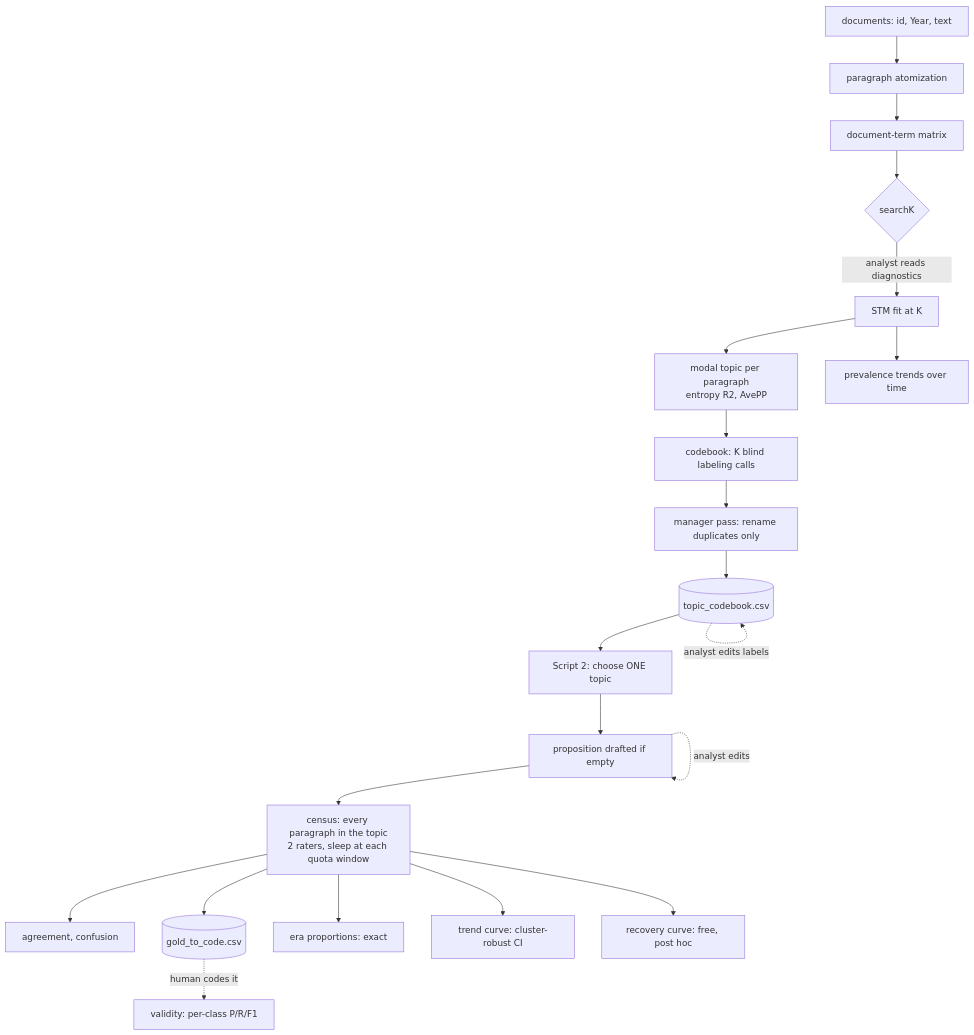
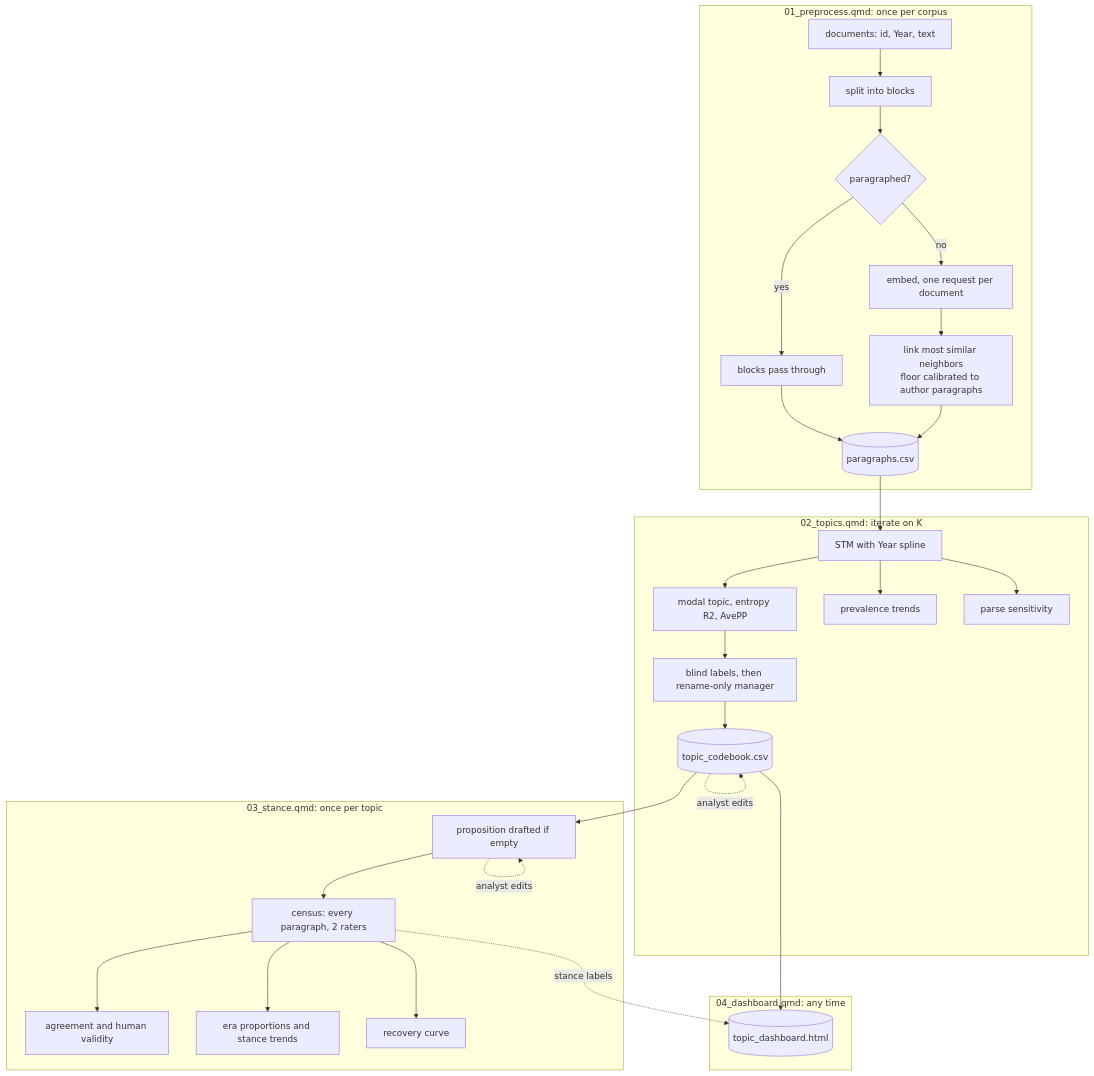
Before and after one commit to klinares/hot_topic: the diagram in README.md, drawn with Mermaid. The commit also changed other lines of this file and 32 other files, not shown here.

Commit message:
adding embedding and dashboard code

````diff
--- a/README.md
+++ b/README.md
@@ -17,23 +15,33 @@
-``` mermaid
+```mermaid
 flowchart TD
-    A[documents: id, Year, text] --> B[paragraph atomization]
-    B --> C[document-term matrix]
-    C --> D{searchK}
-    D -->|analyst reads diagnostics| E[STM fit at K]
-    E --> F[modal topic per paragraph<br/>entropy R2, AvePP]
-    E --> G[prevalence trends over time]
-    F --> H[codebook: K blind labeling calls]
-    H --> I[manager pass: rename duplicates only]
-    I --> J[(topic_codebook.csv)]
-    J -.->|analyst edits labels| J
-    J --> K[Script 2: choose ONE topic]
-    K --> L[proposition drafted if empty]
-    L -.->|analyst edits| L
-    L --> M[census: every paragraph in the topic<br/>2 raters, sleep at each quota window]
-    M --> N[agreement, confusion]
-    M --> O[(gold_to_code.csv)]
-    O -.->|human codes it| P[validity: per-class P/R/F1]
-    M --> Q[era proportions: exact]
-    M --> R[trend curve: cluster-robust CI]
-    M --> S[recovery curve: free, post hoc]
+    subgraph S1[01_preprocess.qmd: once per corpus]
+    A[documents: id, Year, text] --> B[split into blocks]
+    B --> C{paragraphed?}
+    C -->|yes| D[blocks pass through]
+    C -->|no| E[embed, one request per document]
+    E --> F[link most similar neighbors<br/>floor calibrated to author paragraphs]
+    D --> G[(paragraphs.csv)]
+    F --> G
+    end
+    subgraph S2[02_topics.qmd: iterate on K]
+    G --> H[STM with Year spline]
+    H --> I[modal topic, entropy R2, AvePP]
+    H --> J[prevalence trends]
+    H --> K[parse sensitivity]
+    I --> L[blind labels, then rename-only manager]
+    L --> M[(topic_codebook.csv)]
+    M -.->|analyst edits| M
+    end
+    subgraph S3[03_stance.qmd: once per topic]
+    M --> N[proposition drafted if empty]
+    N -.->|analyst edits| N
+    N --> O[census: every paragraph, 2 raters]
+    O --> P[agreement and human validity]
+    O --> Q[era proportions and stance trends]
+    O --> R[recovery curve]
+    end
+    subgraph S4[04_dashboard.qmd: any time]
+    M --> DB[(topic_dashboard.html)]
+    O -.->|stance labels| DB
+    end
 ```
````
